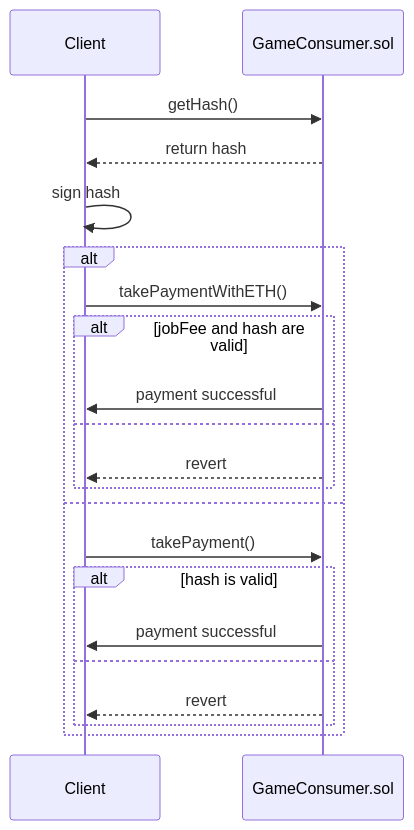
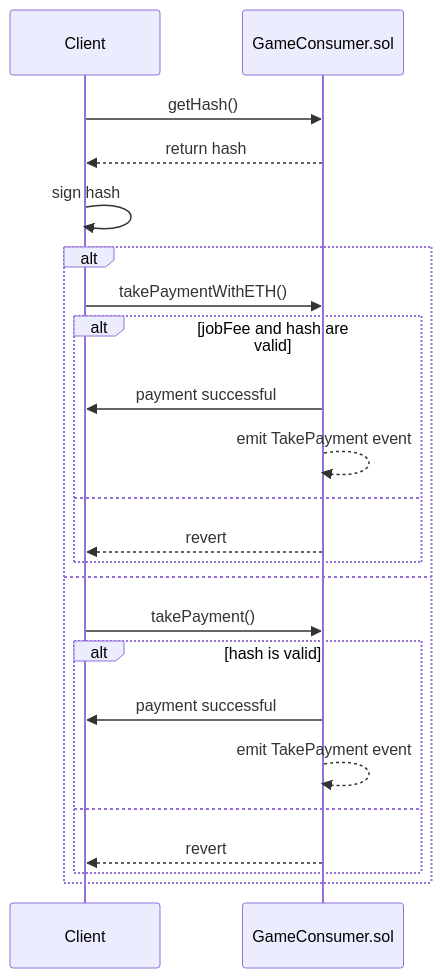
One commit to ZTX-Foundation/tuxedo changed the diagram in doc/features/Harvesting.md. Above: the diagram before and after it, drawn with Mermaid. The commit also changed other lines of this file and 1 other file, not shown here.

Commit message:
chore: sequence diagram updates

````diff
--- a/doc/features/Harvesting.md
+++ b/doc/features/Harvesting.md
@@ -15,23 +15,25 @@
 ```mermaid
 sequenceDiagram
     participant Client
     participant GameConsumer.sol
     Client->>GameConsumer.sol: getHash()
     GameConsumer.sol-->>Client: return hash
     Client->>Client: sign hash
     alt
         Client->>GameConsumer.sol: takePaymentWithETH()
         alt jobFee and hash are valid
             GameConsumer.sol->>Client: payment successful
+            GameConsumer.sol-->>GameConsumer.sol: emit TakePayment event
         else
             GameConsumer.sol-->>Client: revert
         end
     else
         Client->>GameConsumer.sol: takePayment()
         alt hash is valid
             GameConsumer.sol->>Client: payment successful
+            GameConsumer.sol-->>GameConsumer.sol: emit TakePayment event
         else
             GameConsumer.sol-->>Client: revert
         end 
     end
 ```
````
